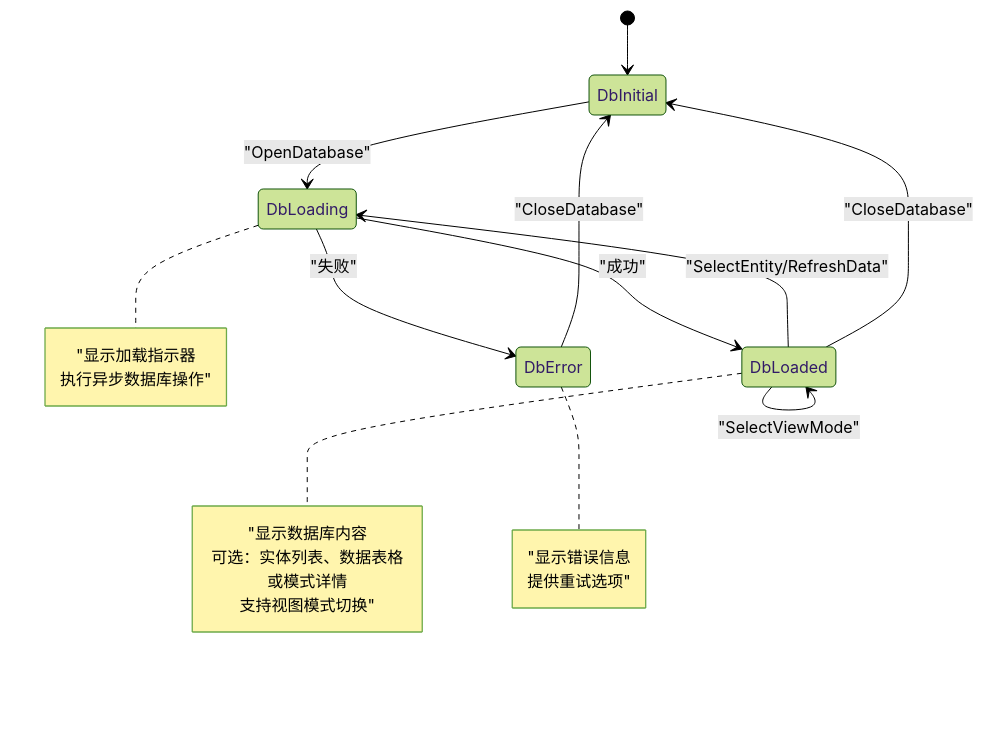
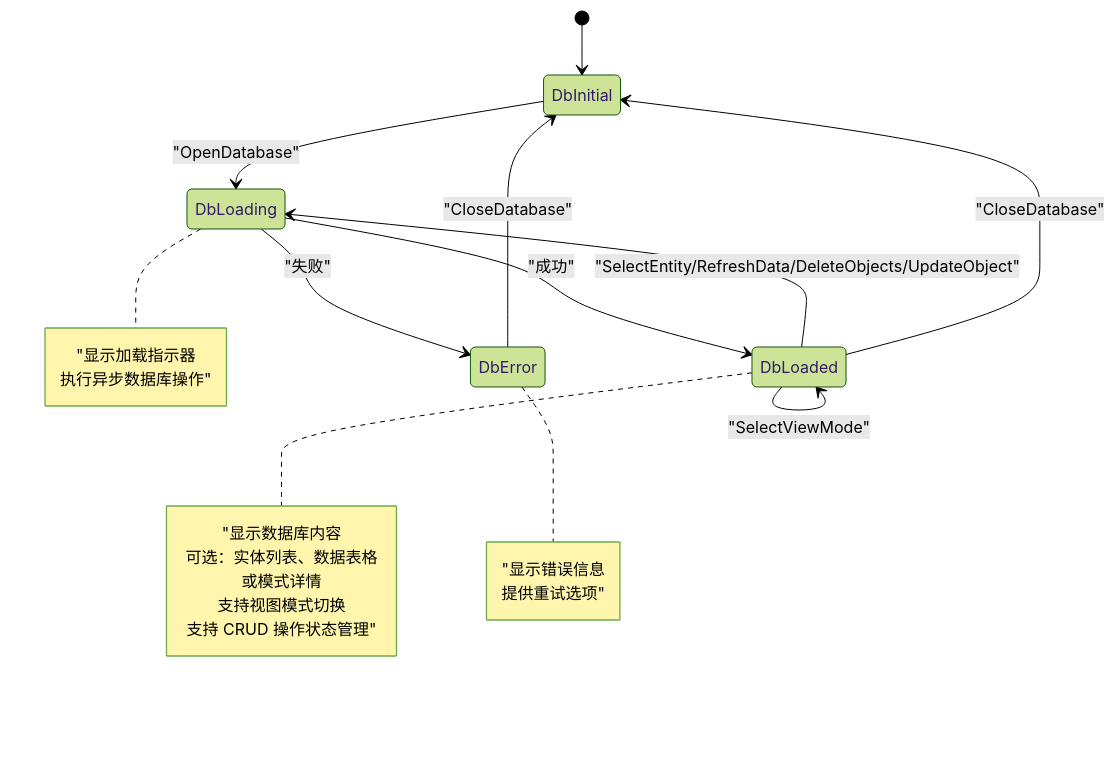
Before and after one commit to kongpf8848/objectbox_viewer: the third of 18 diagrams in .qoder/repowiki/zh/content/架构设计/状态管理设计.md, drawn with Mermaid (forest theme). The commit also changed other lines of this file and 19 other files, not shown here.

````diff
--- a/.qoder/repowiki/zh/content/架构设计/状态管理设计.md
+++ b/.qoder/repowiki/zh/content/架构设计/状态管理设计.md
@@ -134,14 +153,14 @@
 ```mermaid
 stateDiagram-v2
 [*] --> DbInitial
 DbInitial --> DbLoading : "OpenDatabase"
 DbLoading --> DbLoaded : "成功"
 DbLoading --> DbError : "失败"
-DbLoaded --> DbLoading : "SelectEntity/RefreshData"
+DbLoaded --> DbLoading : "SelectEntity/RefreshData/DeleteObjects/UpdateObject"
 DbLoaded --> DbInitial : "CloseDatabase"
 DbLoaded --> DbLoaded : "SelectViewMode"
 DbError --> DbInitial : "CloseDatabase"
 note right of DbLoading : "显示加载指示器<br/>执行异步数据库操作"
-note right of DbLoaded : "显示数据库内容<br/>可选：实体列表、数据表格或模式详情<br/>支持视图模式切换"
+note right of DbLoaded : "显示数据库内容<br/>可选：实体列表、数据表格或模式详情<br/>支持视图模式切换<br/>支持 CRUD 操作状态管理"
 note right of DbError : "显示错误信息<br/>提供重试选项"
 ```
````
